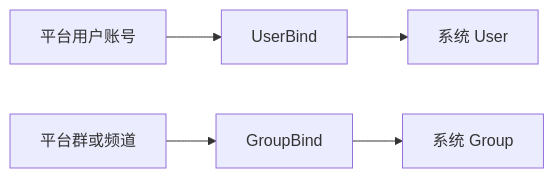
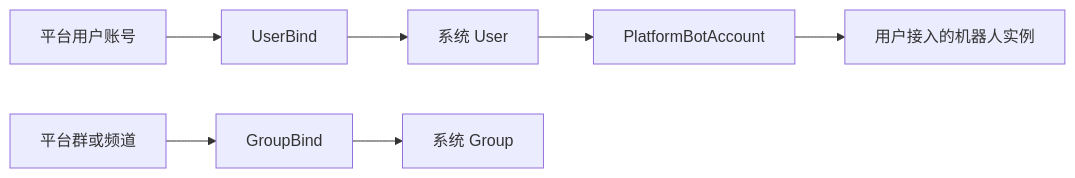
Before and after one commit to ClassRobot/ClassRobot: the diagram in src/models/README.md, drawn with Mermaid. The commit also changed other lines of this file and 74 other files, not shown here.

Commit message:
Refine plugin loading and bot access architecture

````diff
--- a/src/models/README.md
+++ b/src/models/README.md
@@ -21,7 +22,9 @@
 ```mermaid
 flowchart LR
     PlatformUser["平台用户账号"] --> UserBind["UserBind"]
     UserBind --> User["系统 User"]
     PlatformGroup["平台群或频道"] --> GroupBind["GroupBind"]
     GroupBind --> Group["系统 Group"]
+    User --> PlatformBotAccount["PlatformBotAccount"]
+    PlatformBotAccount --> Bot["用户接入的机器人实例"]
 ```
````
